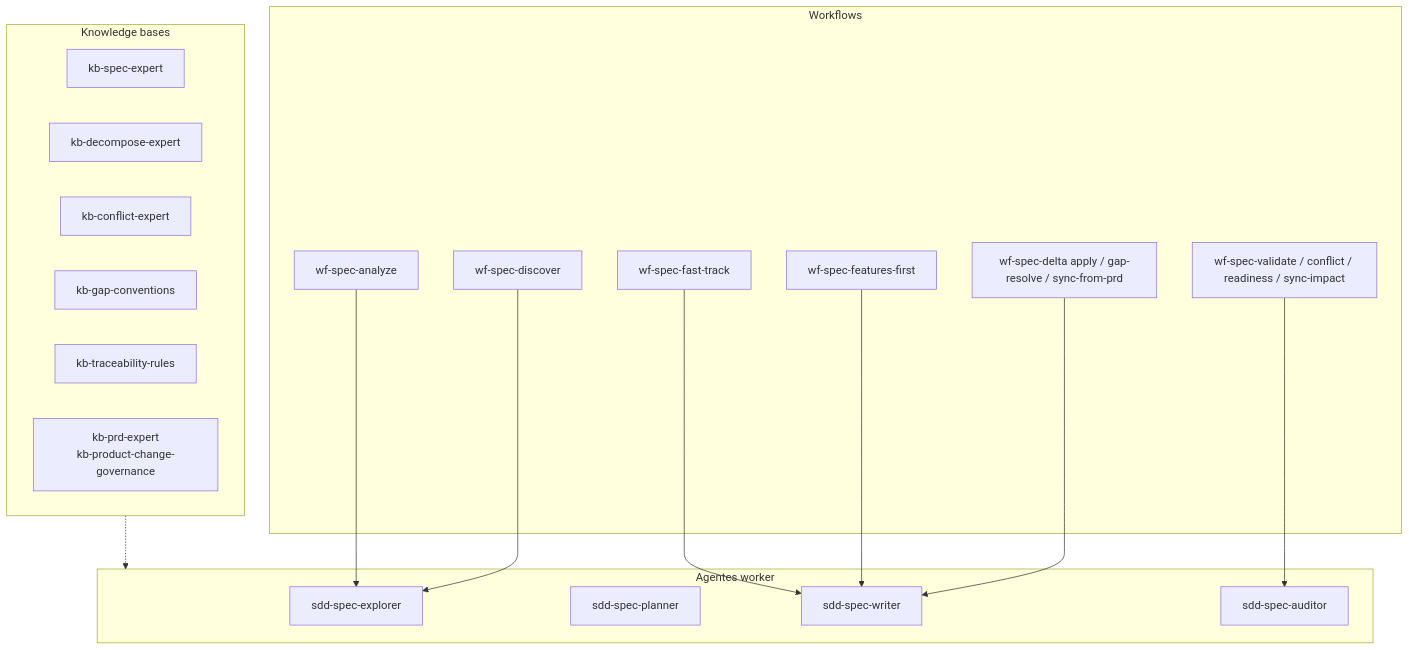
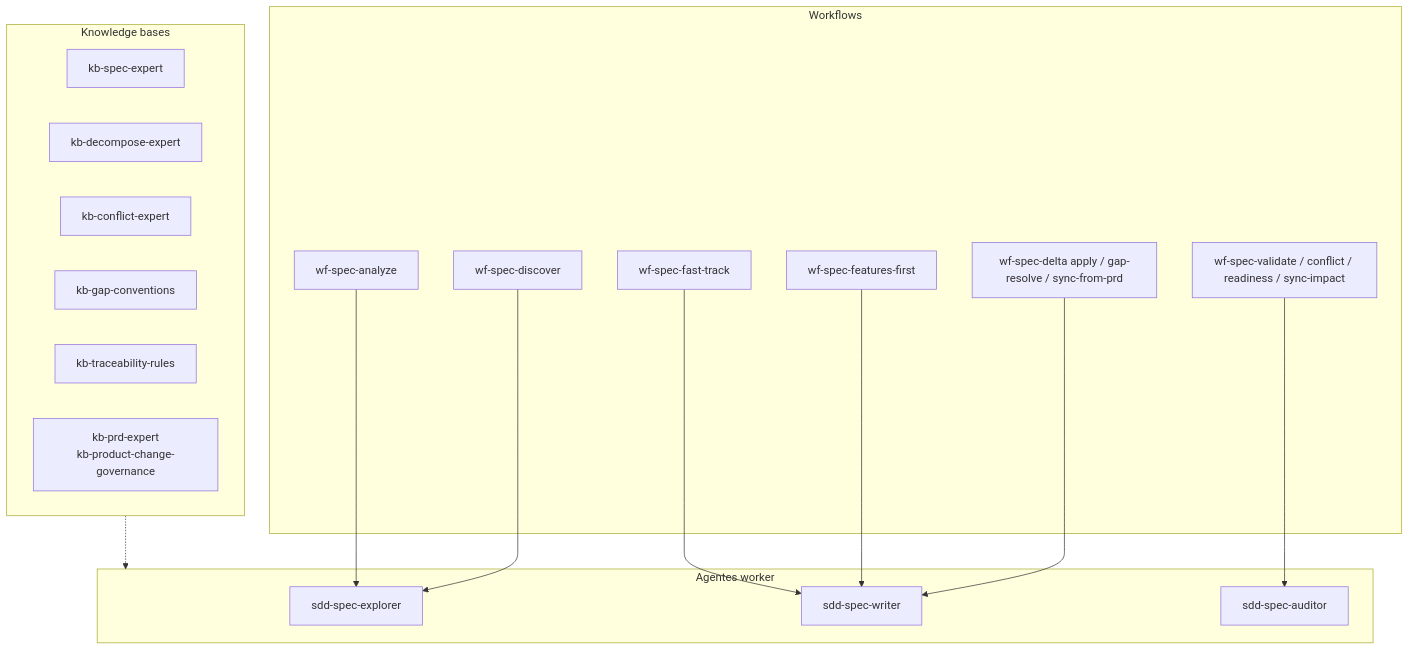
Before and after one commit to OspofeDeveloper/ai-dev-agents-lab: the second of 4 diagrams in sdd/pipeline/spec/DIAGRAMS.md, drawn with Mermaid. The commit also changed 37 other files, not shown here.

````diff
--- a/sdd/pipeline/spec/DIAGRAMS.md
+++ b/sdd/pipeline/spec/DIAGRAMS.md
@@ -44,35 +44,34 @@
 ```mermaid
 flowchart TB
     subgraph L1["Workflows"]
         W1["wf-spec-analyze"]
         W2["wf-spec-discover"]
         W3["wf-spec-fast-track"]
         W4["wf-spec-features-first"]
         W5["wf-spec-delta apply / gap-resolve / sync-from-prd"]
         W6["wf-spec-validate / conflict / readiness / sync-impact"]
     end
 
     subgraph L2["Agentes worker"]
         A1["sdd-spec-explorer"]
-        A2["sdd-spec-planner"]
         A3["sdd-spec-writer"]
         A4["sdd-spec-auditor"]
     end
 
     subgraph L3["Knowledge bases"]
         K1["kb-spec-expert"]
         K2["kb-decompose-expert"]
         K3["kb-conflict-expert"]
         K4["kb-gap-conventions"]
         K5["kb-traceability-rules"]
         K6["kb-prd-expert<br/>kb-product-change-governance"]
     end
 
     W1 --> A1
     W2 --> A1
     W3 --> A3
     W4 --> A3
     W5 --> A3
     W6 --> A4
     L3 -.-> L2
 ```
````
